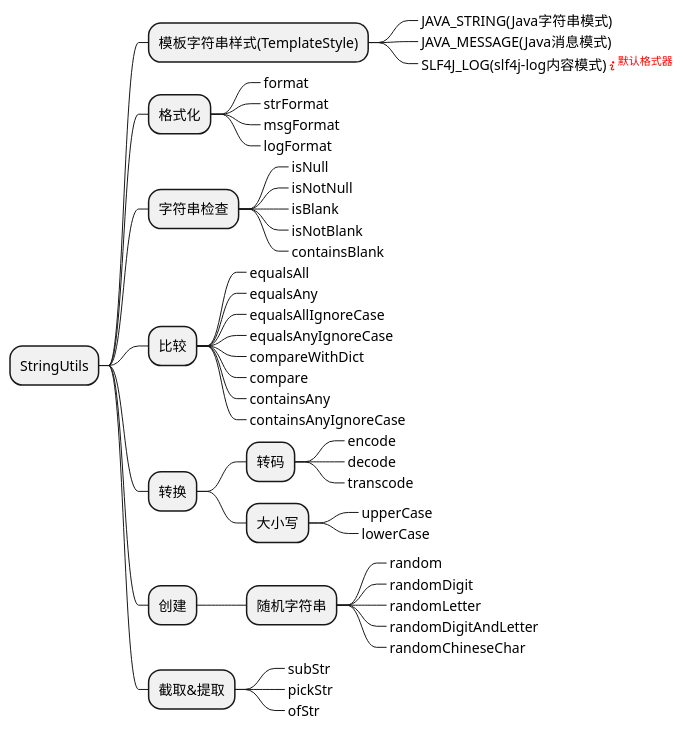
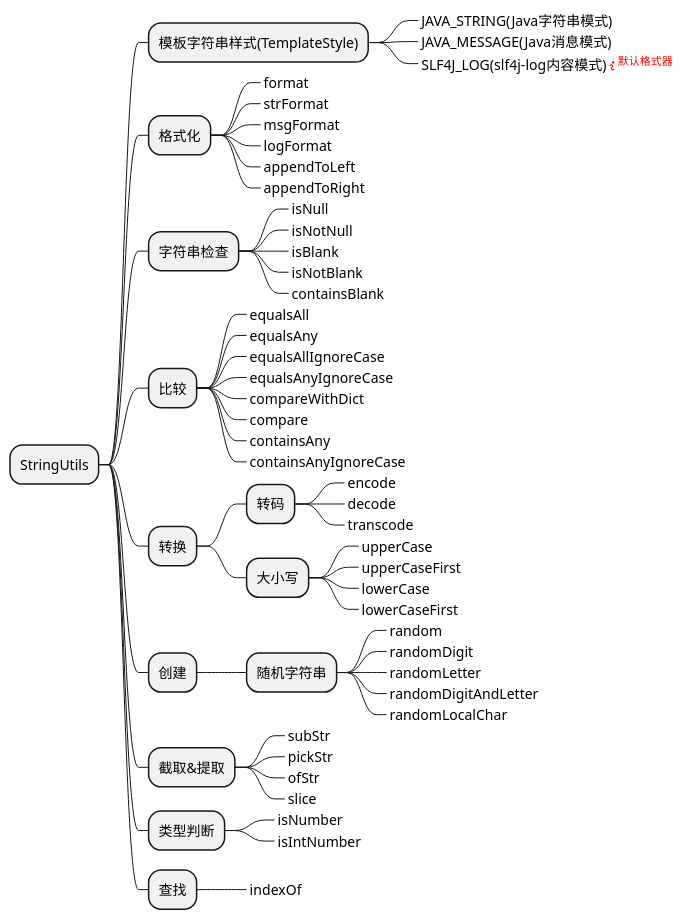
Before and after one commit to akudy/beehive-parent: the diagram in beehive-core/src/main/resources/design-thought/util/StringUtils-function.puml, drawn with PlantUML. The commit also changed 31 other files, not shown here.

```diff
--- a/beehive-core/src/main/resources/design-thought/util/StringUtils-function.puml
+++ b/beehive-core/src/main/resources/design-thought/util/StringUtils-function.puml
@@ -1,54 +1,66 @@
 @startmindmap
 * StringUtils
 
 ** 模板字符串样式(TemplateStyle)
 ***_ JAVA_STRING(Java字符串模式)
 ***_ JAVA_MESSAGE(Java消息模式)
 ***_ SLF4J_LOG(slf4j-log内容模式)<font color=red><&info><sup>默认格式器</sup></font>
 
 ** 格式化
 ***_ format
 ***_ strFormat
 ***_ msgFormat
 ***_ logFormat
+***_ appendToLeft
+***_ appendToRight
 
 ** 字符串检查
 ***_ isNull
 ***_ isNotNull
 ***_ isBlank
 ***_ isNotBlank
 ***_ containsBlank
 
 ** 比较
 ***_ equalsAll
 ***_ equalsAny
 ***_ equalsAllIgnoreCase
 ***_ equalsAnyIgnoreCase
 ***_ compareWithDict
 ***_ compare
 ***_ containsAny
 ***_ containsAnyIgnoreCase
 
 ** 转换
 *** 转码
 ****_ encode
 ****_ decode
 ****_ transcode
 *** 大小写
 ****_ upperCase
+****_ upperCaseFirst
 ****_ lowerCase
+****_ lowerCaseFirst
 
 ** 创建
 *** 随机字符串
 ****_ random
 ****_ randomDigit
 ****_ randomLetter
 ****_ randomDigitAndLetter
-****_ randomChineseChar
+****_ randomLocalChar
 
 ** 截取&提取
 ***_ subStr
 ***_ pickStr
 ***_ ofStr
+***_ slice
+
+** 类型判断
+***_ isNumber
+***_ isIntNumber
+
+** 查找
+***_ indexOf
 
 @endmindmap
```
